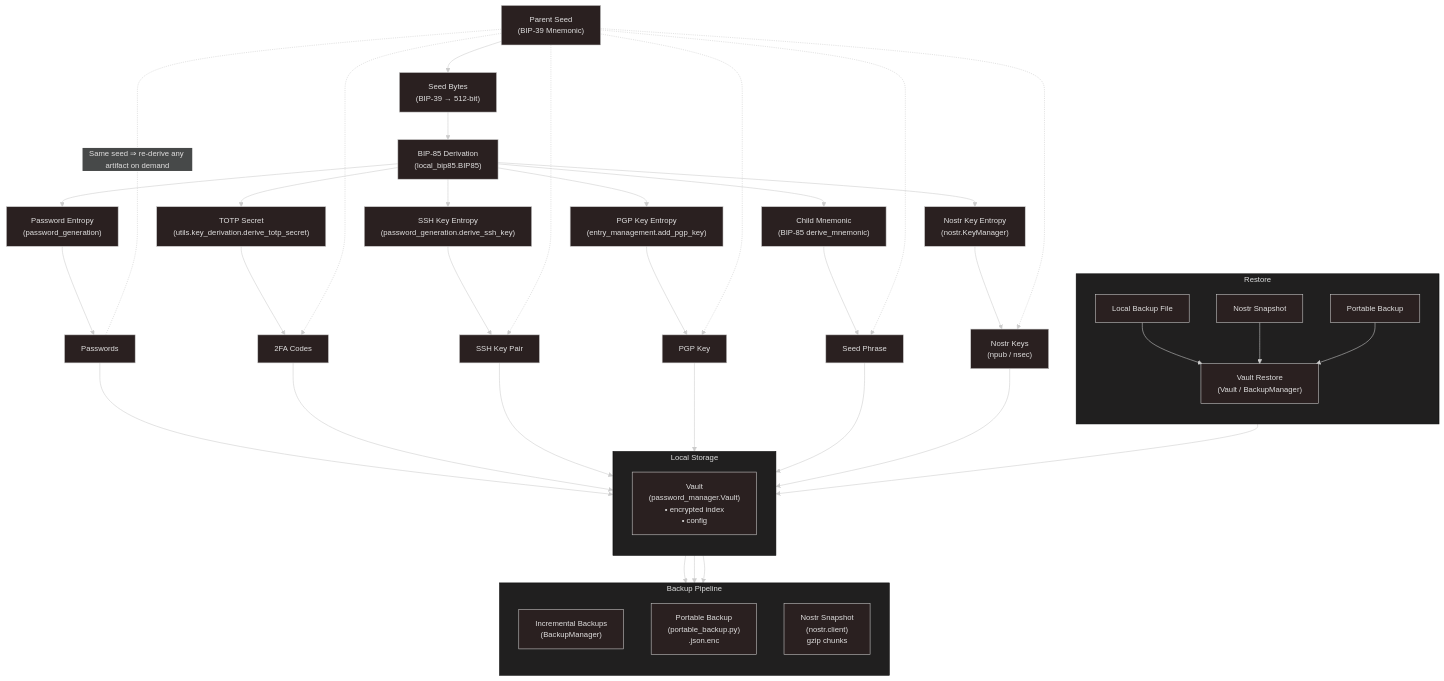
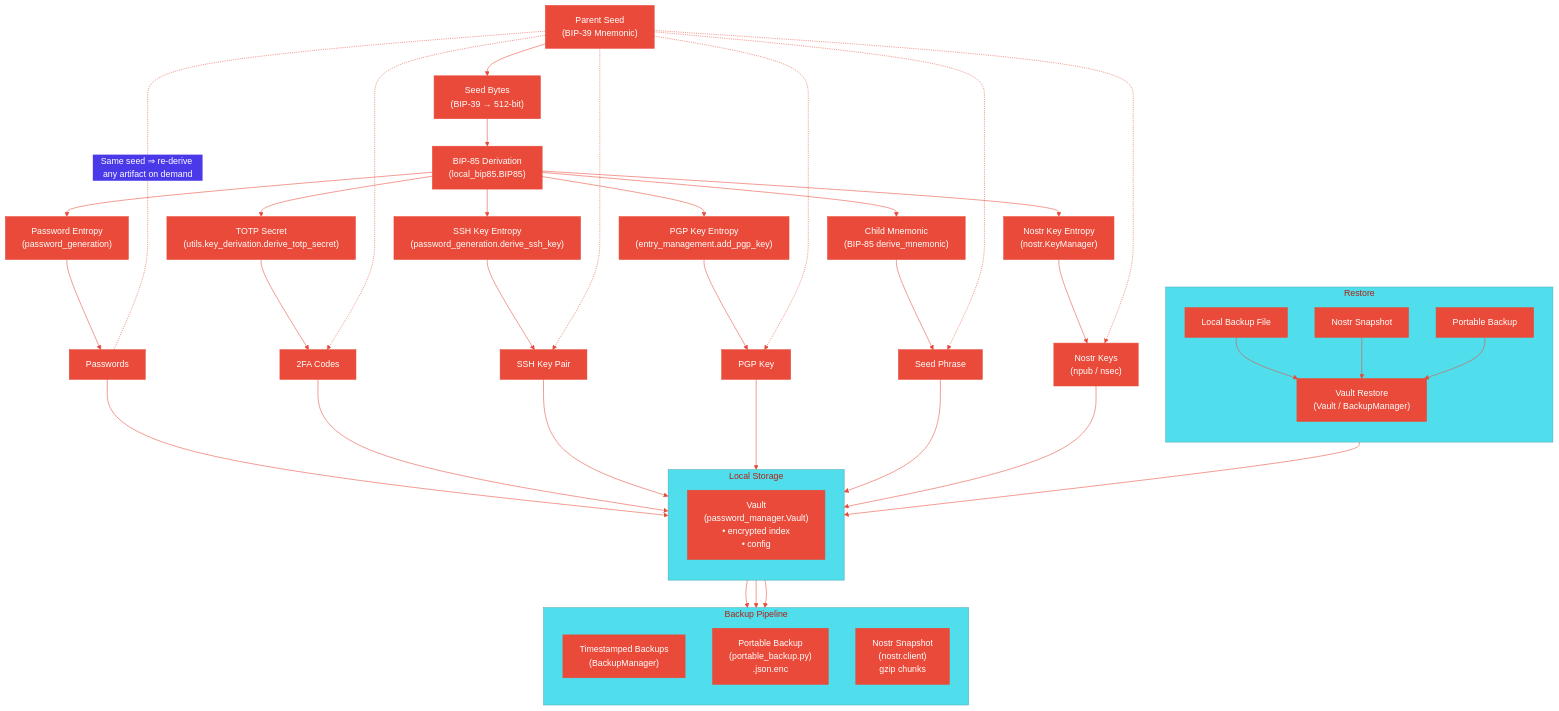
Before and after one commit to PR0M3TH3AN/SeedPass: the diagram in landing/SeedPass_Chart.mmd, drawn with Mermaid. The commit also changed 1 other file, not shown here.

Commit message:
Update architecture chart colors and text

```diff
--- a/landing/SeedPass_Chart.mmd
+++ b/landing/SeedPass_Chart.mmd
@@ -1,46 +1,51 @@
 ---
 config:
   layout: fixed
-  theme: neo-dark
+  theme: base
+  themeVariables:
+    primaryColor: '#e94a39'
+    primaryBorderColor: '#e94a39'
+    primaryTextColor: '#ffffff'
+    lineColor: '#e94a39'
   look: classic
 ---
 flowchart TD
  subgraph subGraph0["Local Storage"]
     direction TB
         V["Vault<br>(password_manager.Vault)<br>• encrypted index<br>• config"]
   end
  subgraph subGraph1["Backup Pipeline"]
     direction TB
-        BK1["Incremental Backups<br>(BackupManager)"]
+        BK1["Timestamped Backups<br>(BackupManager)"]
         BK2["Portable Backup<br>(portable_backup.py)<br>.json.enc"]
         BK3["Nostr Snapshot<br>(nostr.client)<br>gzip chunks"]
   end
  subgraph Restore["Restore"]
     direction TB
         R1["Local Backup File"]
         R2["Nostr Snapshot"]
         R3["Portable Backup"]
         R4["Vault Restore<br>(Vault / BackupManager)"]
   end
     A["Parent Seed<br>(BIP-39 Mnemonic)"] --> B["Seed Bytes<br>(BIP-39 → 512-bit)"]
     B --> C["BIP-85 Derivation<br>(local_bip85.BIP85)"]
     C --> D1["Password Entropy<br>(password_generation)"] & D2["TOTP Secret<br>(utils.key_derivation.derive_totp_secret)"] & D3["SSH Key Entropy<br>(password_generation.derive_ssh_key)"] & D4["PGP Key Entropy<br>(entry_management.add_pgp_key)"] & D5["Child Mnemonic<br>(BIP-85 derive_mnemonic)"] & D6["Nostr Key Entropy<br>(nostr.KeyManager)"]
     D1 --> E1["Passwords"]
     D2 --> E2["2FA Codes"]
     D3 --> E3["SSH Key Pair"]
     D4 --> E4["PGP Key"]
     D5 --> E5["Seed Phrase"]
     D6 --> E6["Nostr Keys<br>(npub / nsec)"]
     E1 --> V
     E2 --> V
     E3 --> V
     E4 --> V
     E5 --> V
     E6 --> V
     V --> BK1 & BK2 & BK3
     R1 --> R4
     R2 --> R4
     R3 --> R4
     R4 --> V
     A -. "Same seed ⇒ re-derive any artifact on demand" .- E1
     A -.-> E2 & E3 & E4 & E5 & E6
```
